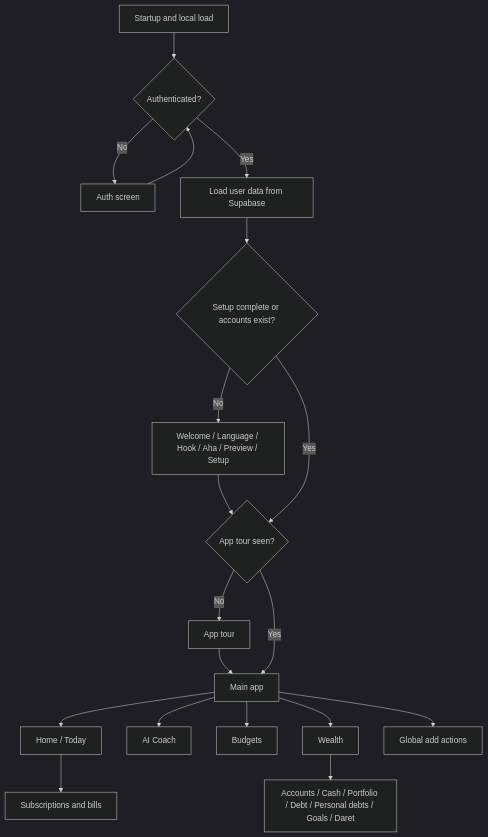
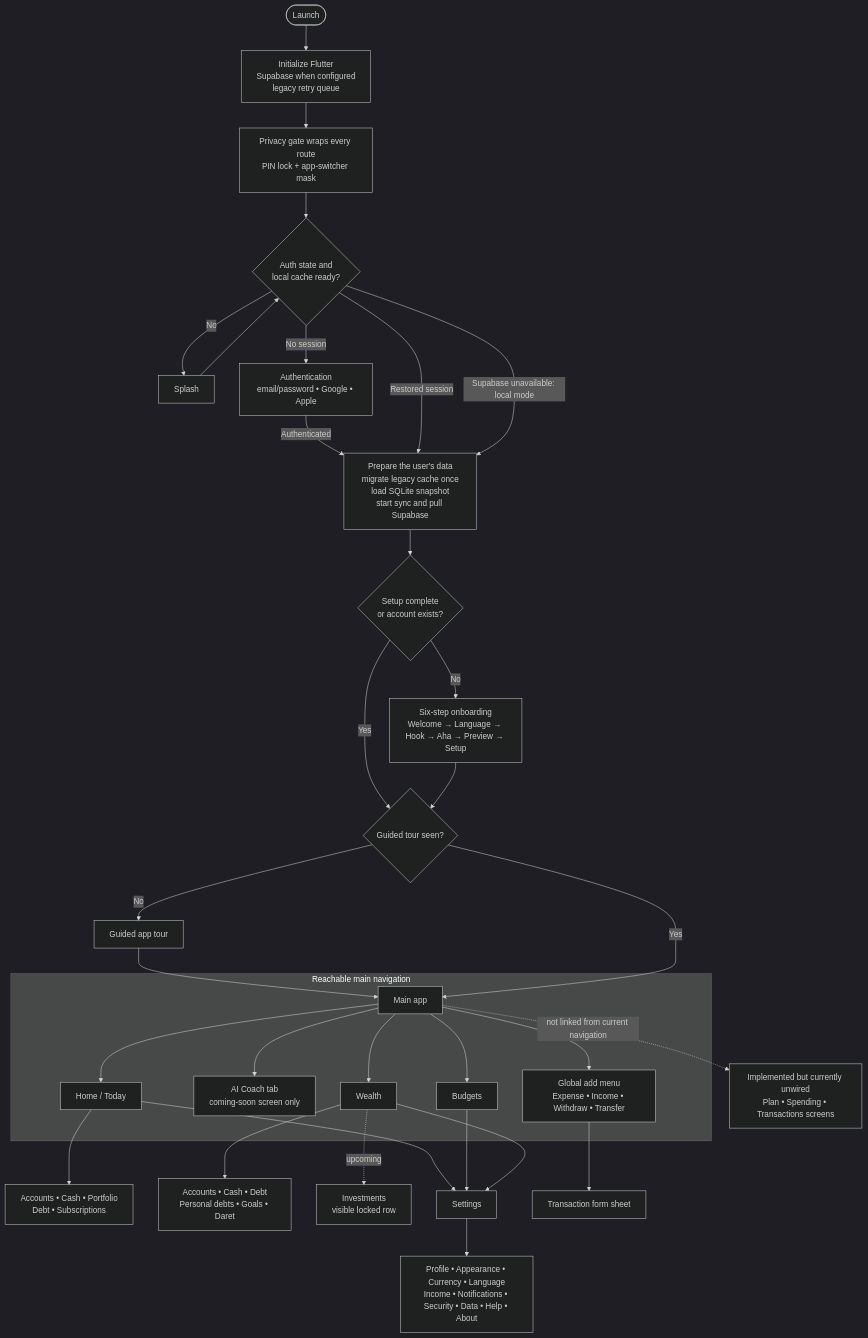
Before and after one commit to TahaMohamedAdib/Application-budget-mobile: the first of 2 diagrams in safespend_flutter/docs/APP_MAP.md, drawn with Mermaid (dark theme). The commit also changed other lines of this file and 53 other files, not shown here.

````diff
--- a/safespend_flutter/docs/APP_MAP.md
+++ b/safespend_flutter/docs/APP_MAP.md
@@ -24,21 +24,38 @@
 ```mermaid
 flowchart TD
-    Start[Startup and local load] --> Auth{Authenticated?}
-    Auth -->|No| Login[Auth screen]
-    Login --> Auth
-    Auth -->|Yes| Sync[Load user data from Supabase]
-    Sync --> Setup{Setup complete or accounts exist?}
-    Setup -->|No| Onboarding[Welcome / Language / Hook / Aha / Preview / Setup]
-    Onboarding --> Tour{App tour seen?}
-    Setup -->|Yes| Tour
-    Tour -->|No| Guide[App tour]
-    Guide --> Main[Main app]
-    Tour -->|Yes| Main
-    Main --> Home[Home / Today]
-    Main --> Coach[AI Coach]
-    Main --> Budgets[Budgets]
-    Main --> Wealth[Wealth]
-    Main --> Add[Global add actions]
-    Wealth --> Details[Accounts / Cash / Portfolio / Debt / Personal debts / Goals / Daret]
-    Home --> Subs[Subscriptions and bills]
+    Launch([Launch]) --> Boot["Initialize Flutter<br/>Supabase when configured<br/>legacy retry queue"]
+    Boot --> Privacy["Privacy gate wraps every route<br/>PIN lock + app-switcher mask"]
+    Privacy --> Ready{"Auth state and<br/>local cache ready?"}
+    Ready -->|No| Splash[Splash]
+    Splash --> Ready
+    Ready -->|No session| Auth["Authentication<br/>email/password • Google • Apple"]
+    Auth -->|Authenticated| UserData
+    Ready -->|Restored session| UserData["Prepare the user's data<br/>migrate legacy cache once<br/>load SQLite snapshot<br/>start sync and pull Supabase"]
+    Ready -->|Supabase unavailable: local mode| UserData
+    UserData --> Setup{"Setup complete<br/>or account exists?"}
+    Setup -->|No| Onboarding["Six-step onboarding<br/>Welcome → Language → Hook → Aha → Preview → Setup"]
+    Setup -->|Yes| TourCheck{"Guided tour seen?"}
+    Onboarding --> TourCheck
+    TourCheck -->|No| Tour[Guided app tour]
+    Tour --> Main[Main app]
+    TourCheck -->|Yes| Main
+
+    subgraph Tabs[Reachable main navigation]
+        Main --> Home[Home / Today]
+        Main --> Coach["AI Coach tab<br/>coming-soon screen only"]
+        Main --> Budgets[Budgets]
+        Main --> Wealth[Wealth]
+        Main --> Add["Global add menu<br/>Expense • Income • Withdraw • Transfer"]
+    end
+
+    Home --> HomeDetails["Accounts • Cash • Portfolio<br/>Debt • Subscriptions"]
+    Wealth --> WealthDetails["Accounts • Cash • Debt<br/>Personal debts • Goals • Daret"]
+    Wealth -. upcoming .-> WealthInvestments["Investments<br/>visible locked row"]
+    Home --> Settings[Settings]
+    Budgets --> Settings
+    Wealth --> Settings
+    Settings --> Preferences["Profile • Appearance • Currency • Language<br/>Income • Notifications • Security • Data • Help • About"]
+    Add --> TransactionSheet[Transaction form sheet]
+
+    Main -. not linked from current navigation .-> Unwired["Implemented but currently unwired<br/>Plan • Spending • Transactions screens"]
 ```
````
